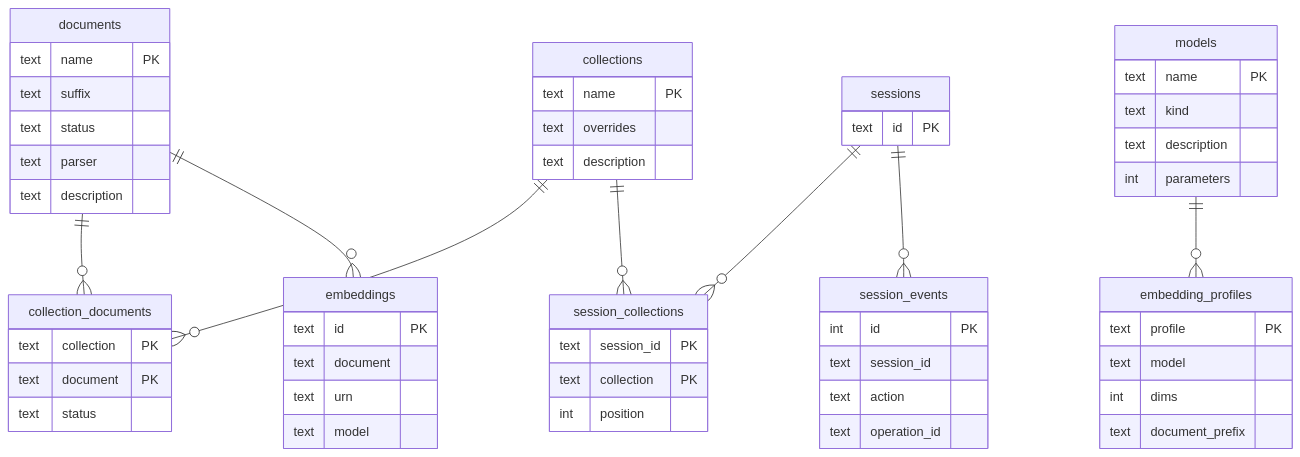
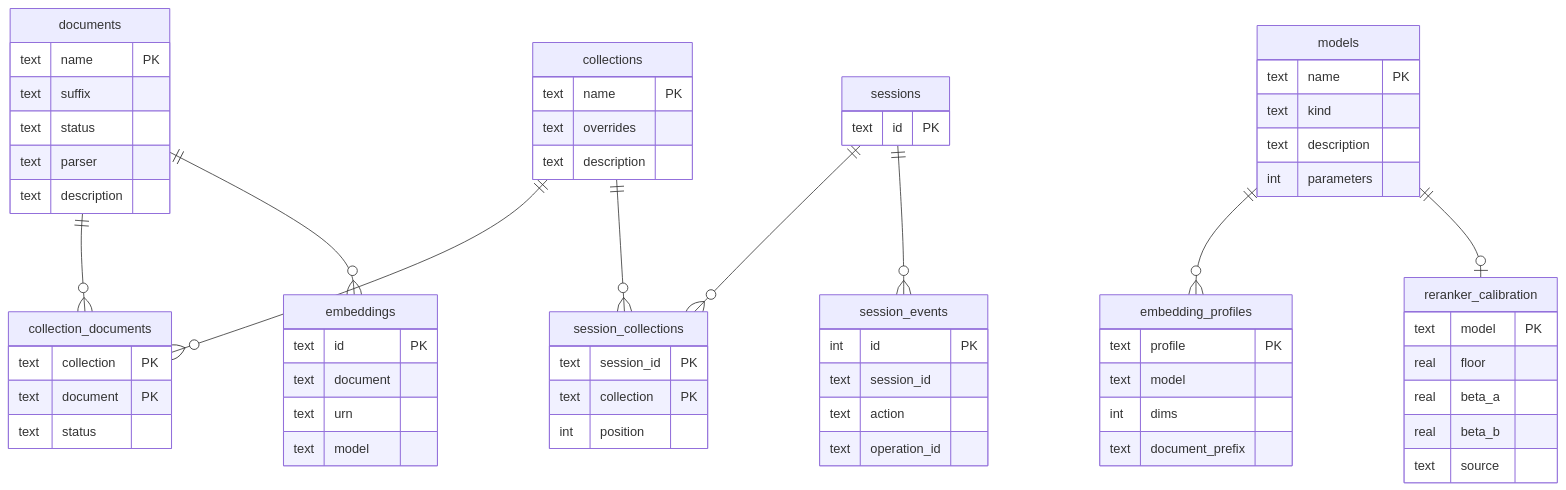
One commit to haskian/haskie changed the diagram in docs/storage.md. Above: the diagram before and after it, drawn with Mermaid. The commit also changed other lines of this file and 92 other files, not shown here.

````diff
--- a/docs/storage.md
+++ b/docs/storage.md
@@ -32,59 +32,67 @@
 ```mermaid
 erDiagram
     documents ||--o{ collection_documents : ""
     collections ||--o{ collection_documents : ""
     documents ||--o{ embeddings : ""
     sessions ||--o{ session_collections : ""
     collections ||--o{ session_collections : ""
     sessions ||--o{ session_events : ""
     models ||--o{ embedding_profiles : ""
+    models ||--o| reranker_calibration : ""
     documents {
         text name PK
         text suffix
         text status
         text parser
         text description
     }
     collections {
         text name PK
         text overrides
         text description
     }
     collection_documents {
         text collection PK
         text document PK
         text status
     }
     embeddings {
         text id PK
         text document
         text urn
         text model
     }
     sessions {
         text id PK
     }
     session_collections {
         text session_id PK
         text collection PK
         int position
     }
     session_events {
         int id PK
         text session_id
         text action
         text operation_id
     }
     models {
         text name PK
         text kind
         text description
         int parameters
     }
     embedding_profiles {
         text profile PK
         text model
         int dims
         text document_prefix
     }
+    reranker_calibration {
+        text model PK
+        real floor
+        real beta_a
+        real beta_b
+        text source
+    }
 ```
````
